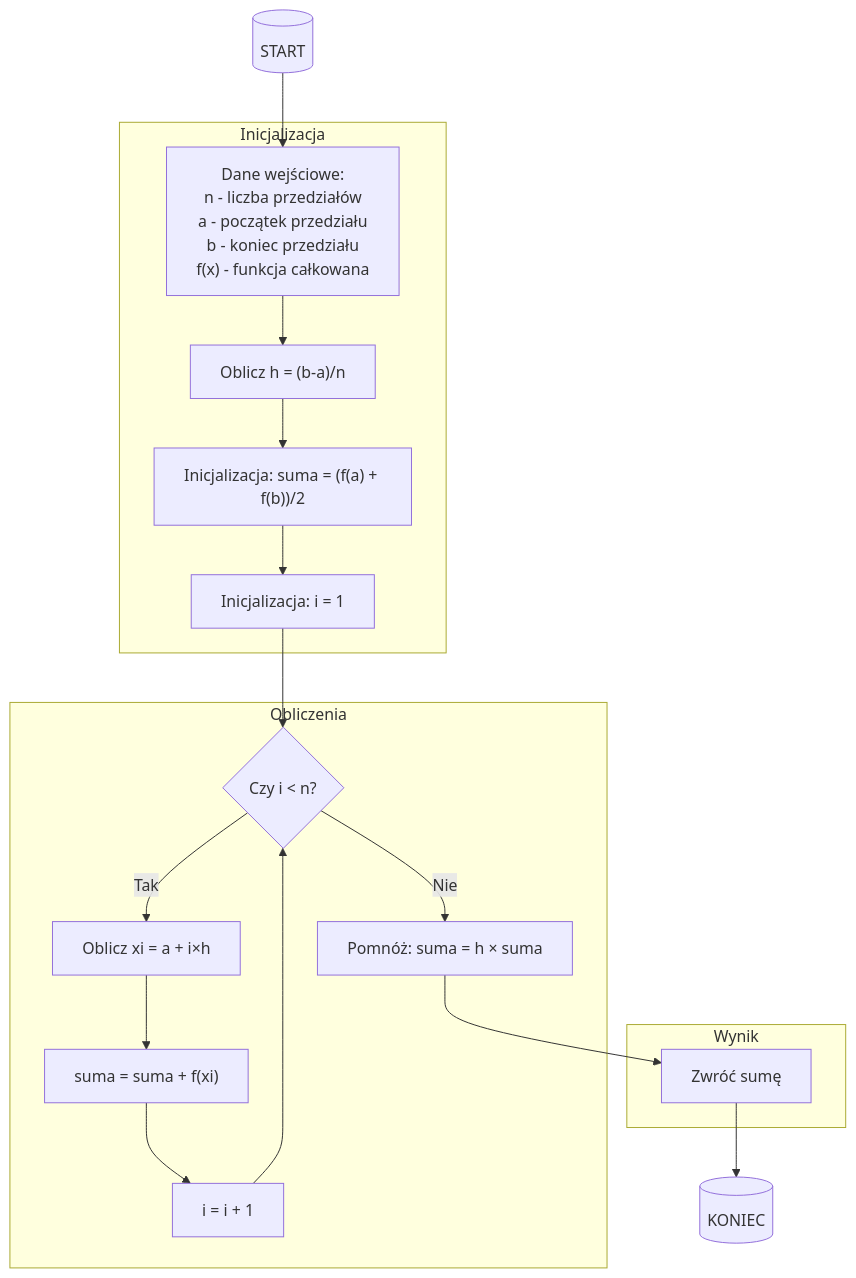
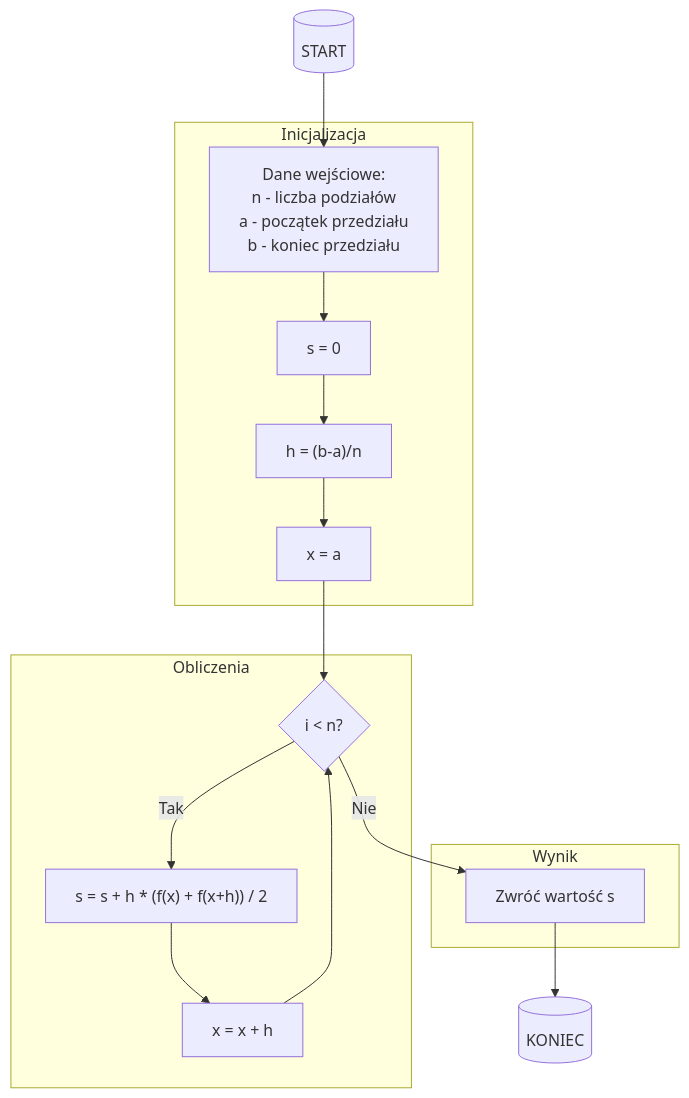
The second of 3 diagrams in AiSD6_C5A/exercise_1/readme.md (Mateuszpietrusinski/algorithms-1), drawn with Mermaid before and after one commit. The commit also changed other lines of this file and 2 other files, not shown here.

````diff
--- a/AiSD6_C5A/exercise_1/readme.md
+++ b/AiSD6_C5A/exercise_1/readme.md
@@ -57,51 +42,36 @@
 ```mermaid
 graph TD
     Start[("START")]
-    Input["Dane wejściowe:
-    n - liczba przedziałów
-    a - początek przedziału
-    b - koniec przedziału
-    f(x) - funkcja całkowana"]
-    CalcH["Oblicz h = (b-a)/n"]
-    InitSum["Inicjalizacja: suma = (f(a) + f(b))/2"]
-    InitI["Inicjalizacja: i = 1"]
-    CheckI{"Czy i < n?"}
-    CalcX["Oblicz xi = a + i×h"]
-    AddSum["suma = suma + f(xi)"]
-    IncrI["i = i + 1"]
-    MultH["Pomnóż: suma = h × suma"]
-    Return["Zwróć sumę"]
     End[("KONIEC")]
 
-    Start --> Input
-    Input --> CalcH
-    CalcH --> InitSum
-    InitSum --> InitI
-    InitI --> CheckI
-    CheckI -->|Tak| CalcX
-    CalcX --> AddSum
-    AddSum --> IncrI
-    IncrI --> CheckI
-    CheckI -->|Nie| MultH
-    MultH --> Return
-    Return --> End
-
     subgraph Inicjalizacja
-        Input
-        CalcH
-        InitSum
-        InitI
+        Input["Dane wejściowe:
+        n - liczba podziałów
+        a - początek przedziału
+        b - koniec przedziału"]
+        InitS["s = 0"]
+        CalcH["h = (b-a)/n"]
+        InitX["x = a"]
     end
 
     subgraph Obliczenia
-        CheckI
-        CalcX
-        AddSum
-        IncrI
-        MultH
+        CheckI{"i < n?"}
+        CalcArea["s = s + h * (f(x) + f(x+h)) / 2"]
+        UpdateX["x = x + h"]
     end
 
     subgraph Wynik
-        Return
+        ReturnS["Zwróć wartość s"]
     end
+
+    Start --> Input
+    Input --> InitS
+    InitS --> CalcH
+    CalcH --> InitX
+    InitX --> CheckI
+    CheckI -->|Tak| CalcArea
+    CalcArea --> UpdateX
+    UpdateX --> CheckI
+    CheckI -->|Nie| ReturnS
+    ReturnS --> End
 ```
````
